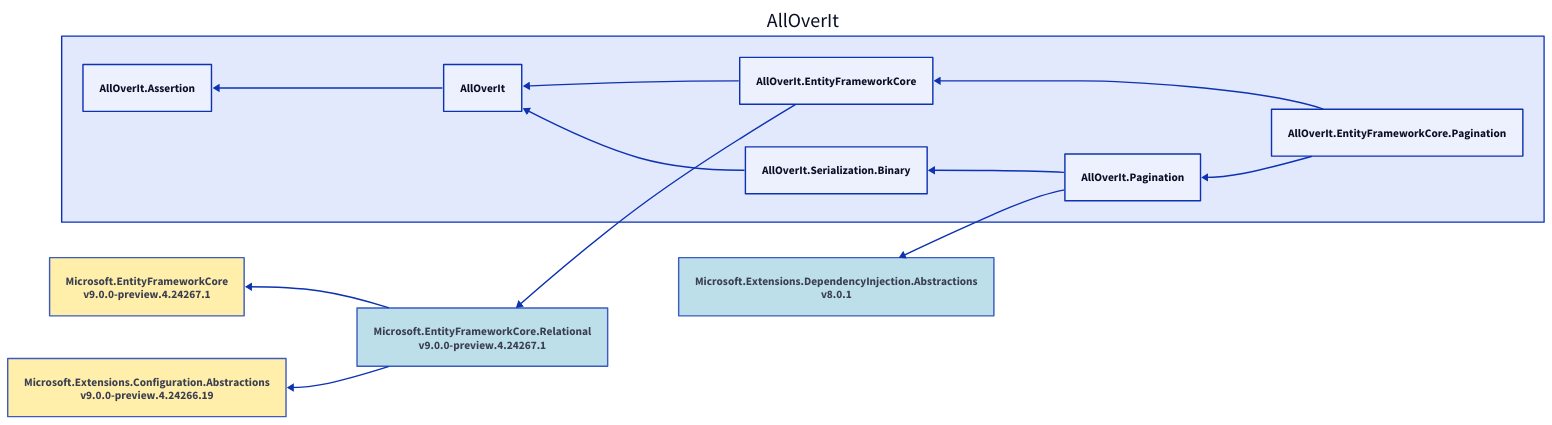
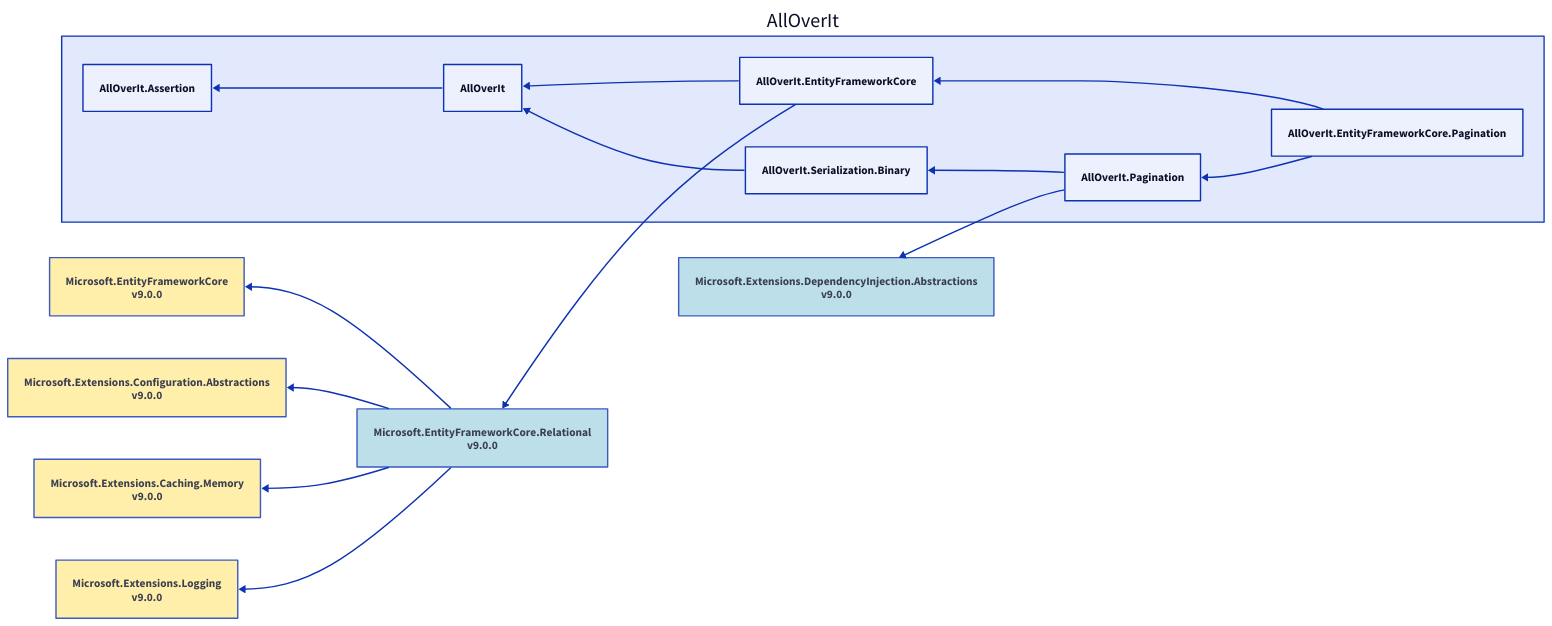
One commit to mjfreelancing/AllOverIt changed the diagram in Docs/Reference/Content/images/dependencies/net9.0/alloverit-entityframeworkcore-pagination.d2. Above: the diagram before and after it, drawn with D2. The commit also changed 205 other files, not shown here.

```diff
--- a/Docs/Reference/Content/images/dependencies/net9.0/alloverit-entityframeworkcore-pagination.d2
+++ b/Docs/Reference/Content/images/dependencies/net9.0/alloverit-entityframeworkcore-pagination.d2
@@ -1,31 +1,39 @@
 direction: left
 
 aoi: AllOverIt
 aoi.alloverit-entityframeworkcore-pagination: AllOverIt.EntityFrameworkCore.Pagination
 aoi.alloverit-entityframeworkcore: AllOverIt.EntityFrameworkCore
-microsoft-entityframeworkcore-relational_9-0-0-preview-4-24267-1: Microsoft.EntityFrameworkCore.Relational\nv9.0.0-preview.4.24267.1
-microsoft-entityframeworkcore-relational_9-0-0-preview-4-24267-1.style.fill: "#ADD8E6"
-microsoft-entityframeworkcore-relational_9-0-0-preview-4-24267-1.style.opacity: 0.8
-microsoft-entityframeworkcore_9-0-0-preview-4-24267-1: Microsoft.EntityFrameworkCore\nv9.0.0-preview.4.24267.1
-microsoft-entityframeworkcore_9-0-0-preview-4-24267-1.style.fill: "#FFEC96"
-microsoft-entityframeworkcore_9-0-0-preview-4-24267-1.style.opacity: 0.8
-microsoft-entityframeworkcore_9-0-0-preview-4-24267-1 <- microsoft-entityframeworkcore-relational_9-0-0-preview-4-24267-1
-microsoft-extensions-configuration-abstractions_9-0-0-preview-4-24266-19: Microsoft.Extensions.Configuration.Abstractions\nv9.0.0-preview.4.24266.19
-microsoft-extensions-configuration-abstractions_9-0-0-preview-4-24266-19.style.fill: "#FFEC96"
-microsoft-extensions-configuration-abstractions_9-0-0-preview-4-24266-19.style.opacity: 0.8
-microsoft-extensions-configuration-abstractions_9-0-0-preview-4-24266-19 <- microsoft-entityframeworkcore-relational_9-0-0-preview-4-24267-1
-microsoft-entityframeworkcore-relational_9-0-0-preview-4-24267-1 <- aoi.alloverit-entityframeworkcore
+microsoft-entityframeworkcore-relational_9-0-0: Microsoft.EntityFrameworkCore.Relational\nv9.0.0
+microsoft-entityframeworkcore-relational_9-0-0.style.fill: "#ADD8E6"
+microsoft-entityframeworkcore-relational_9-0-0.style.opacity: 0.8
+microsoft-entityframeworkcore_9-0-0: Microsoft.EntityFrameworkCore\nv9.0.0
+microsoft-entityframeworkcore_9-0-0.style.fill: "#FFEC96"
+microsoft-entityframeworkcore_9-0-0.style.opacity: 0.8
+microsoft-entityframeworkcore_9-0-0 <- microsoft-entityframeworkcore-relational_9-0-0
+microsoft-extensions-configuration-abstractions_9-0-0: Microsoft.Extensions.Configuration.Abstractions\nv9.0.0
+microsoft-extensions-configuration-abstractions_9-0-0.style.fill: "#FFEC96"
+microsoft-extensions-configuration-abstractions_9-0-0.style.opacity: 0.8
+microsoft-extensions-configuration-abstractions_9-0-0 <- microsoft-entityframeworkcore-relational_9-0-0
+microsoft-extensions-caching-memory_9-0-0: Microsoft.Extensions.Caching.Memory\nv9.0.0
+microsoft-extensions-caching-memory_9-0-0.style.fill: "#FFEC96"
+microsoft-extensions-caching-memory_9-0-0.style.opacity: 0.8
+microsoft-extensions-caching-memory_9-0-0 <- microsoft-entityframeworkcore-relational_9-0-0
+microsoft-extensions-logging_9-0-0: Microsoft.Extensions.Logging\nv9.0.0
+microsoft-extensions-logging_9-0-0.style.fill: "#FFEC96"
+microsoft-extensions-logging_9-0-0.style.opacity: 0.8
+microsoft-extensions-logging_9-0-0 <- microsoft-entityframeworkcore-relational_9-0-0
+microsoft-entityframeworkcore-relational_9-0-0 <- aoi.alloverit-entityframeworkcore
 aoi.alloverit: AllOverIt
 aoi.alloverit-assertion: AllOverIt.Assertion
 aoi.alloverit-assertion <- aoi.alloverit
 aoi.alloverit <- aoi.alloverit-entityframeworkcore
 aoi.alloverit-entityframeworkcore <- aoi.alloverit-entityframeworkcore-pagination
 aoi.alloverit-pagination: AllOverIt.Pagination
-microsoft-extensions-dependencyinjection-abstractions_8-0-1: Microsoft.Extensions.DependencyInjection.Abstractions\nv8.0.1
-microsoft-extensions-dependencyinjection-abstractions_8-0-1.style.fill: "#ADD8E6"
-microsoft-extensions-dependencyinjection-abstractions_8-0-1.style.opacity: 0.8
-microsoft-extensions-dependencyinjection-abstractions_8-0-1 <- aoi.alloverit-pagination
+microsoft-extensions-dependencyinjection-abstractions_9-0-0: Microsoft.Extensions.DependencyInjection.Abstractions\nv9.0.0
+microsoft-extensions-dependencyinjection-abstractions_9-0-0.style.fill: "#ADD8E6"
+microsoft-extensions-dependencyinjection-abstractions_9-0-0.style.opacity: 0.8
+microsoft-extensions-dependencyinjection-abstractions_9-0-0 <- aoi.alloverit-pagination
 aoi.alloverit-serialization-binary: AllOverIt.Serialization.Binary
 aoi.alloverit <- aoi.alloverit-serialization-binary
 aoi.alloverit-serialization-binary <- aoi.alloverit-pagination
 aoi.alloverit-pagination <- aoi.alloverit-entityframeworkcore-pagination
```
